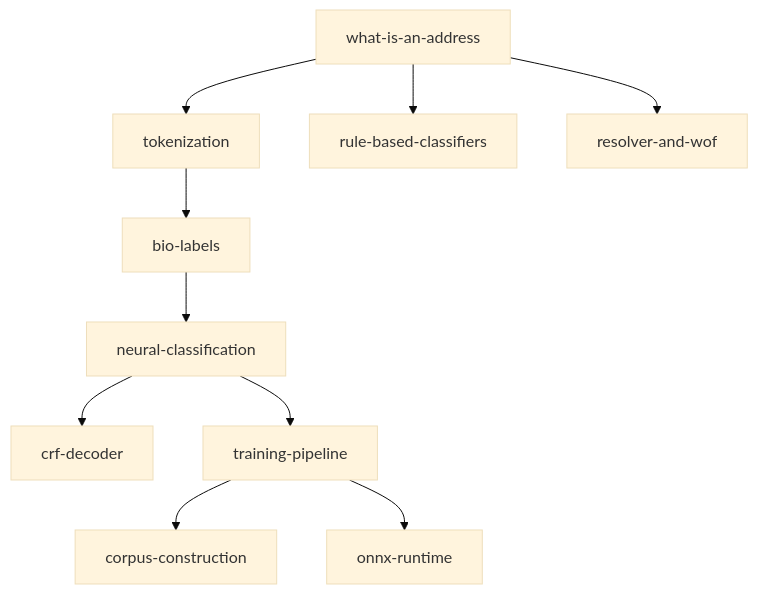
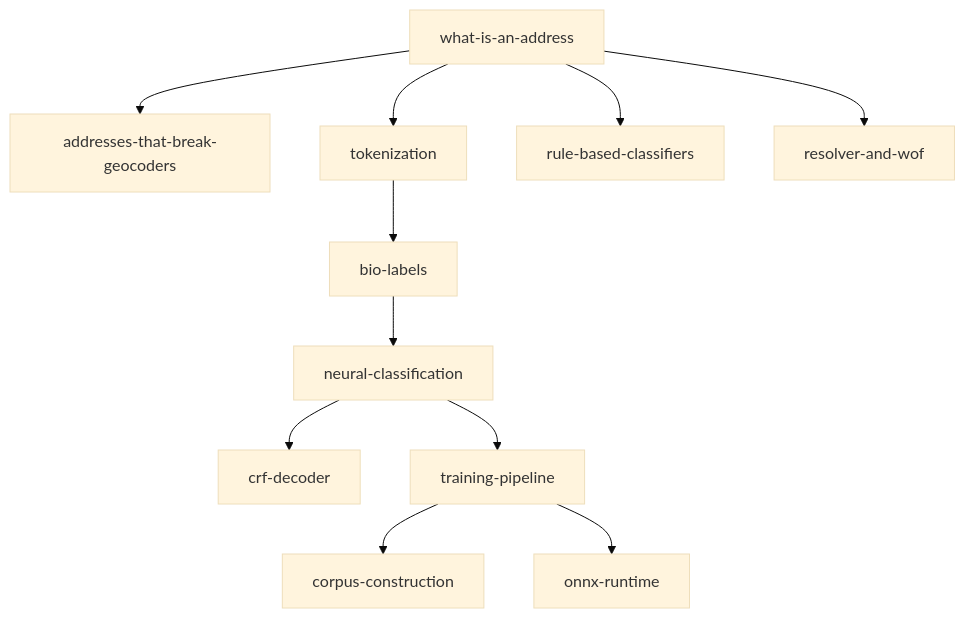
Before and after one commit to sister-software/mailwoman: the diagram in docs/articles/concepts/README.md, drawn with Mermaid (base theme). The commit also changed other lines of this file and 10 other files, not shown here.

First line of the commit message:
docs/concepts: addresses-that-break-geocoders failure-mode catalogue

````diff
--- a/docs/articles/concepts/README.md
+++ b/docs/articles/concepts/README.md
@@ -29,13 +30,14 @@
 ```mermaid
 flowchart TD
     A[what-is-an-address]
+    A --> K[addresses-that-break-geocoders]
     A --> B[tokenization]
     A --> C[rule-based-classifiers]
     B --> D[bio-labels]
     D --> E[neural-classification]
     E --> F[crf-decoder]
     E --> G[training-pipeline]
     G --> H[corpus-construction]
     G --> I[onnx-runtime]
     A --> J[resolver-and-wof]
 ```
````
